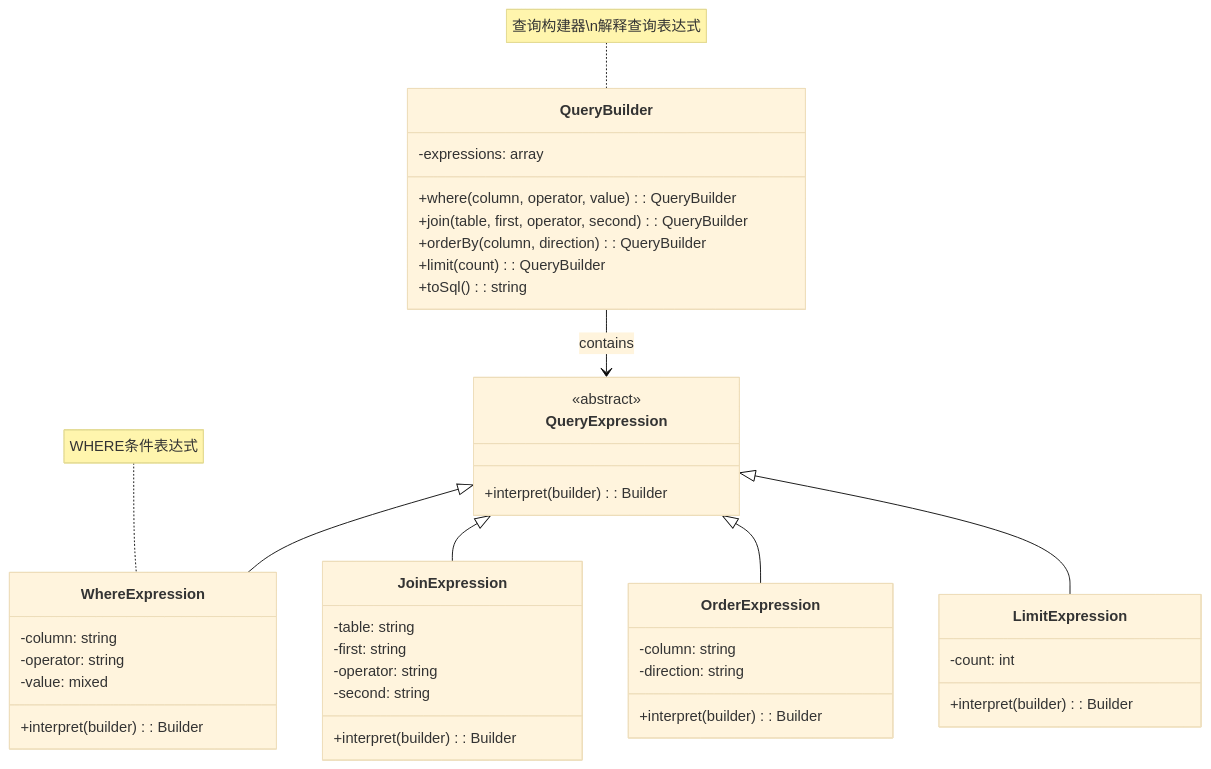
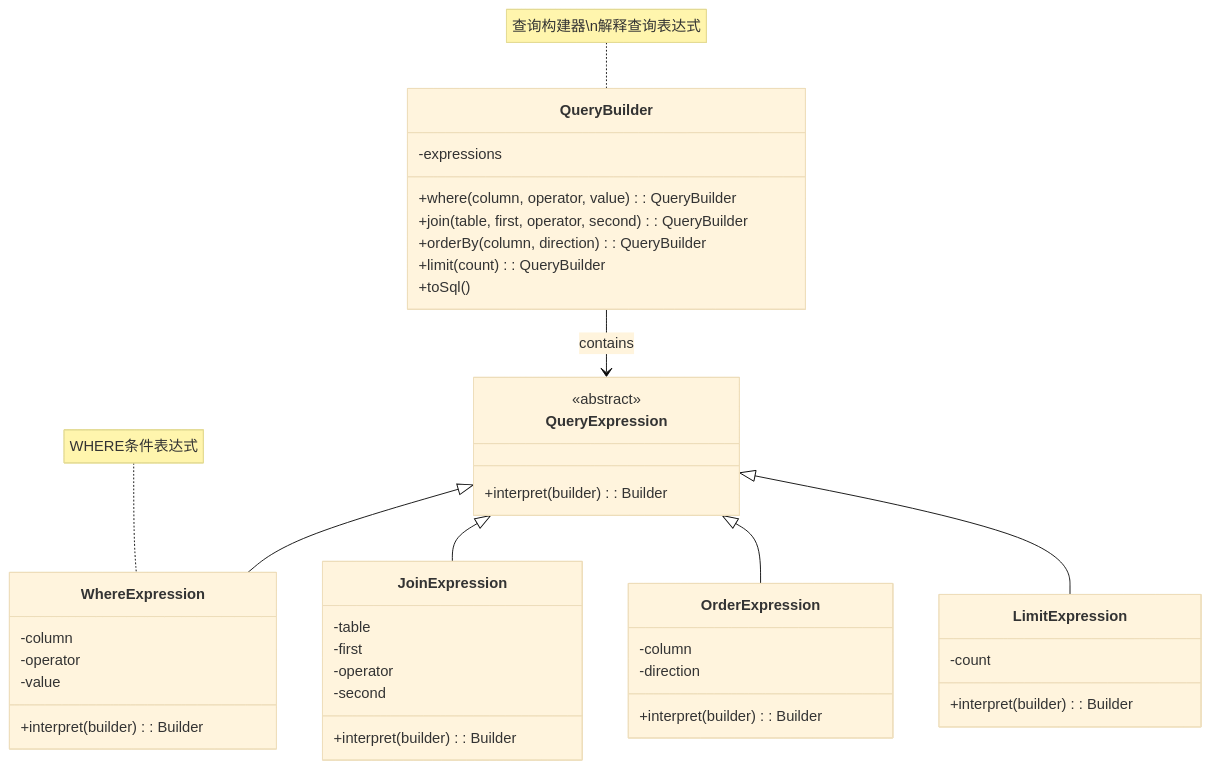
Before and after one commit to fanly/DesignPattern: the fourth of 6 diagrams in resources/design-patterns/laravel/behavioral/interpreter_zh.md, drawn with Mermaid (base theme). The commit also changed other lines of this file and 103 other files, not shown here.

````diff
--- a/resources/design-patterns/laravel/behavioral/interpreter_zh.md
+++ b/resources/design-patterns/laravel/behavioral/interpreter_zh.md
@@ -137,51 +137,51 @@
 ```mermaid
 classDiagram
     class QueryExpression {
         <<abstract>>
         +interpret(builder): Builder
     }
     
     class WhereExpression {
-        -column: string
-        -operator: string
-        -value: mixed
+        -column
+        -operator
+        -value
         +interpret(builder): Builder
     }
     
     class JoinExpression {
-        -table: string
-        -first: string
-        -operator: string
-        -second: string
+        -table
+        -first
+        -operator
+        -second
         +interpret(builder): Builder
     }
     
     class OrderExpression {
-        -column: string
-        -direction: string
+        -column
+        -direction
         +interpret(builder): Builder
     }
     
     class LimitExpression {
-        -count: int
+        -count
         +interpret(builder): Builder
     }
     
     class QueryBuilder {
-        -expressions: array
+        -expressions
         +where(column, operator, value): QueryBuilder
         +join(table, first, operator, second): QueryBuilder
         +orderBy(column, direction): QueryBuilder
         +limit(count): QueryBuilder
-        +toSql(): string
+        +toSql()
     }
     
     QueryExpression <|-- WhereExpression
     QueryExpression <|-- JoinExpression
     QueryExpression <|-- OrderExpression
     QueryExpression <|-- LimitExpression
     QueryBuilder --> QueryExpression : contains
     
     note for QueryBuilder "查询构建器\n解释查询表达式"
     note for WhereExpression "WHERE条件表达式"
 ```
````
